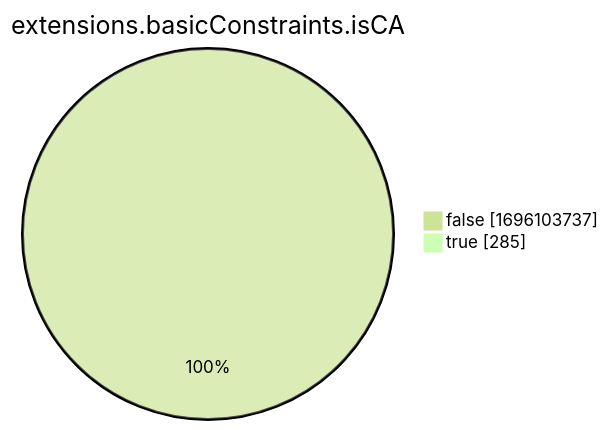
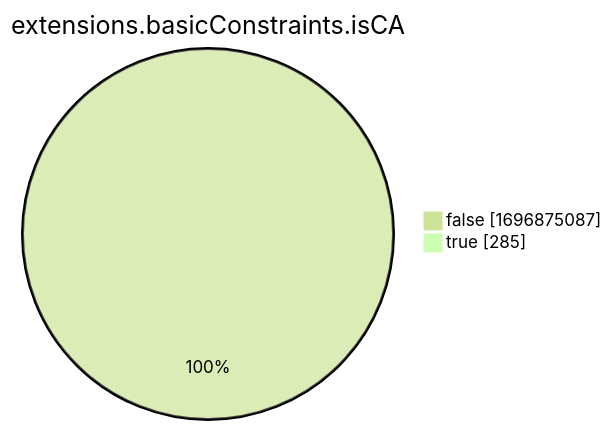
One commit to christiankrug/ctmonitor_visualization changed the eighth of 15 diagrams in xenon2022/README.md. Above: the diagram before and after it, drawn with Mermaid (forest theme). The commit also changed other lines of this file, not shown here.

````diff
--- a/xenon2022/README.md
+++ b/xenon2022/README.md
@@ -2865,6 +2865,6 @@
 ```mermaid
 pie showData
 title extensions.basicConstraints.isCA
-"false" :1696103737
+"false" :1696875087
 "true" :285
 ```
````
